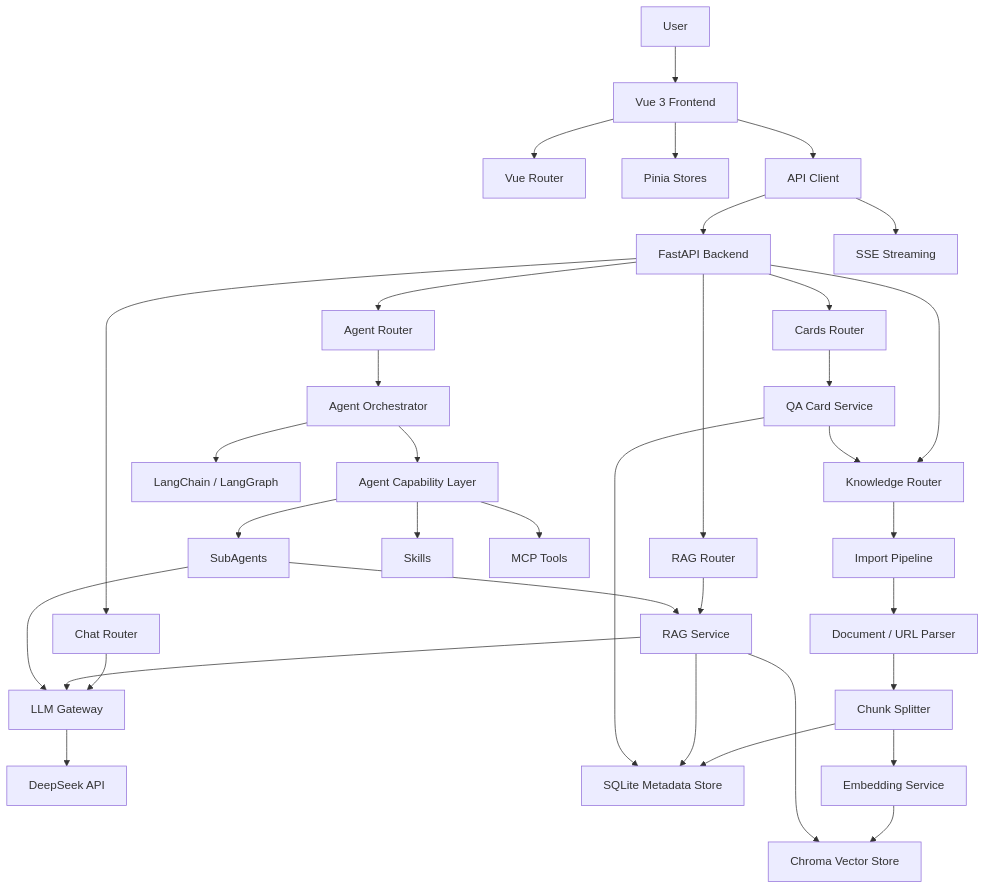
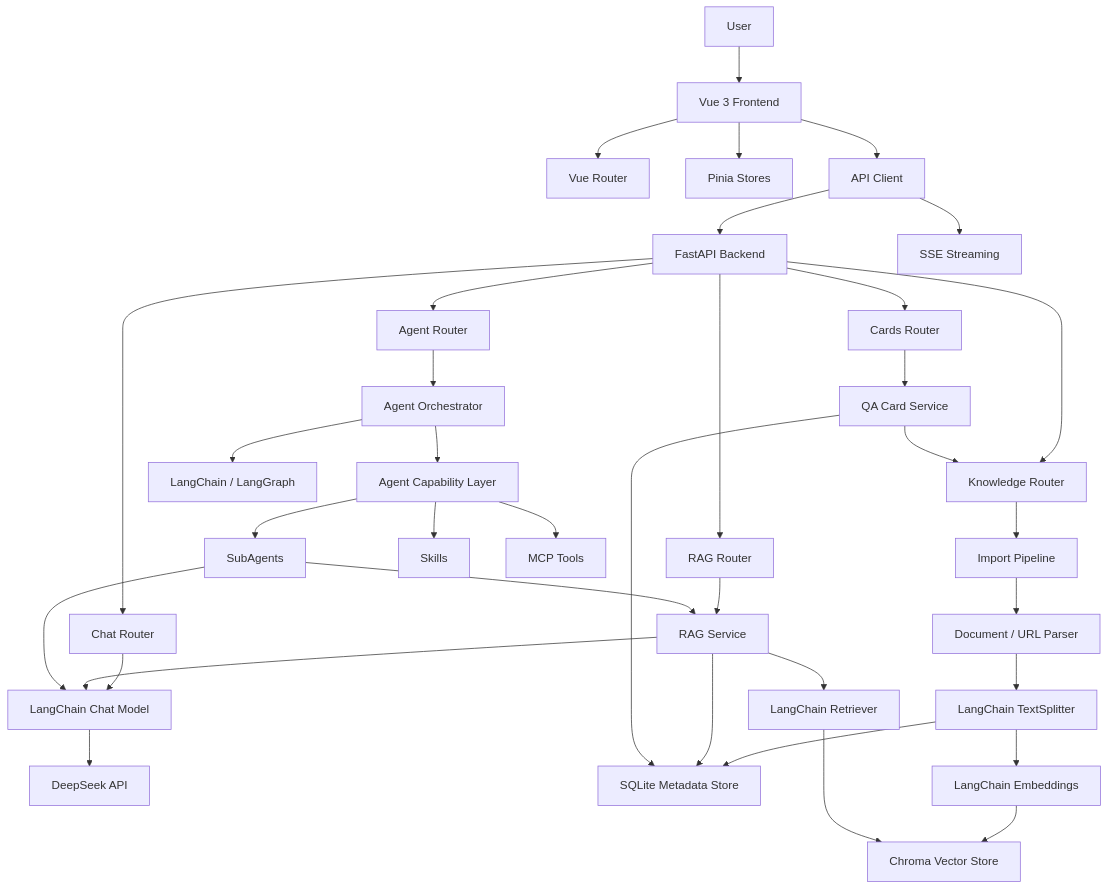
The first of 6 diagrams in docs/DESIGN-系统架构.md (lplnb-del/ai-learning-assistant), drawn with Mermaid before and after one commit. The commit also changed other lines of this file and 3 other files, not shown here.

Commit message:
docs: upgrade tech stack to LangChain + Chroma

````diff
--- a/docs/DESIGN-系统架构.md
+++ b/docs/DESIGN-系统架构.md
@@ -21,44 +22,45 @@
 ```mermaid
 flowchart TD
     U["User"] --> FE["Vue 3 Frontend"]
     FE --> ROUTER["Vue Router"]
     FE --> STORE["Pinia Stores"]
     FE --> API["API Client"]
 
     API --> FASTAPI["FastAPI Backend"]
     API --> SSE["SSE Streaming"]
 
     FASTAPI --> CHAT["Chat Router"]
     FASTAPI --> KNOW["Knowledge Router"]
     FASTAPI --> RAGAPI["RAG Router"]
     FASTAPI --> CARDAPI["Cards Router"]
     FASTAPI --> AGENTAPI["Agent Router"]
 
-    CHAT --> LLM["LLM Gateway"]
+    CHAT --> LLM["LangChain Chat Model"]
     LLM --> DS["DeepSeek API"]
 
     KNOW --> IMPORT["Import Pipeline"]
     IMPORT --> PARSER["Document / URL Parser"]
-    PARSER --> SPLITTER["Chunk Splitter"]
+    PARSER --> SPLITTER["LangChain TextSplitter"]
     SPLITTER --> DB["SQLite Metadata Store"]
-    SPLITTER --> EMBED["Embedding Service"]
+    SPLITTER --> EMBED["LangChain Embeddings"]
     EMBED --> VECTOR["Chroma Vector Store"]
 
     RAGAPI --> RAG["RAG Service"]
-    RAG --> VECTOR
+    RAG --> RETRIEVER["LangChain Retriever"]
+    RETRIEVER --> VECTOR
     RAG --> DB
     RAG --> LLM
 
     CARDAPI --> CARDS["QA Card Service"]
     CARDS --> DB
     CARDS --> KNOW
 
     AGENTAPI --> ORCH["Agent Orchestrator"]
     ORCH --> LC["LangChain / LangGraph"]
     ORCH --> CAP["Agent Capability Layer"]
     CAP --> SKILLS["Skills"]
     CAP --> MCP["MCP Tools"]
     CAP --> SUB["SubAgents"]
     SUB --> RAG
     SUB --> LLM
 ```
````
